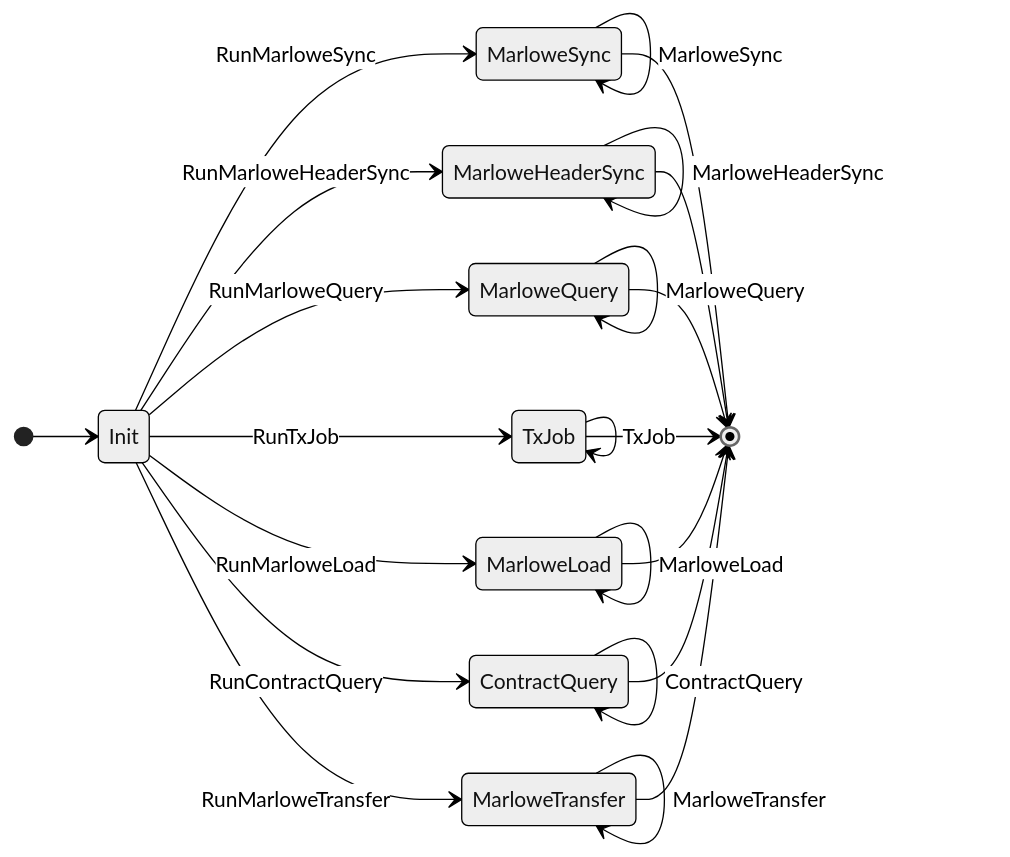
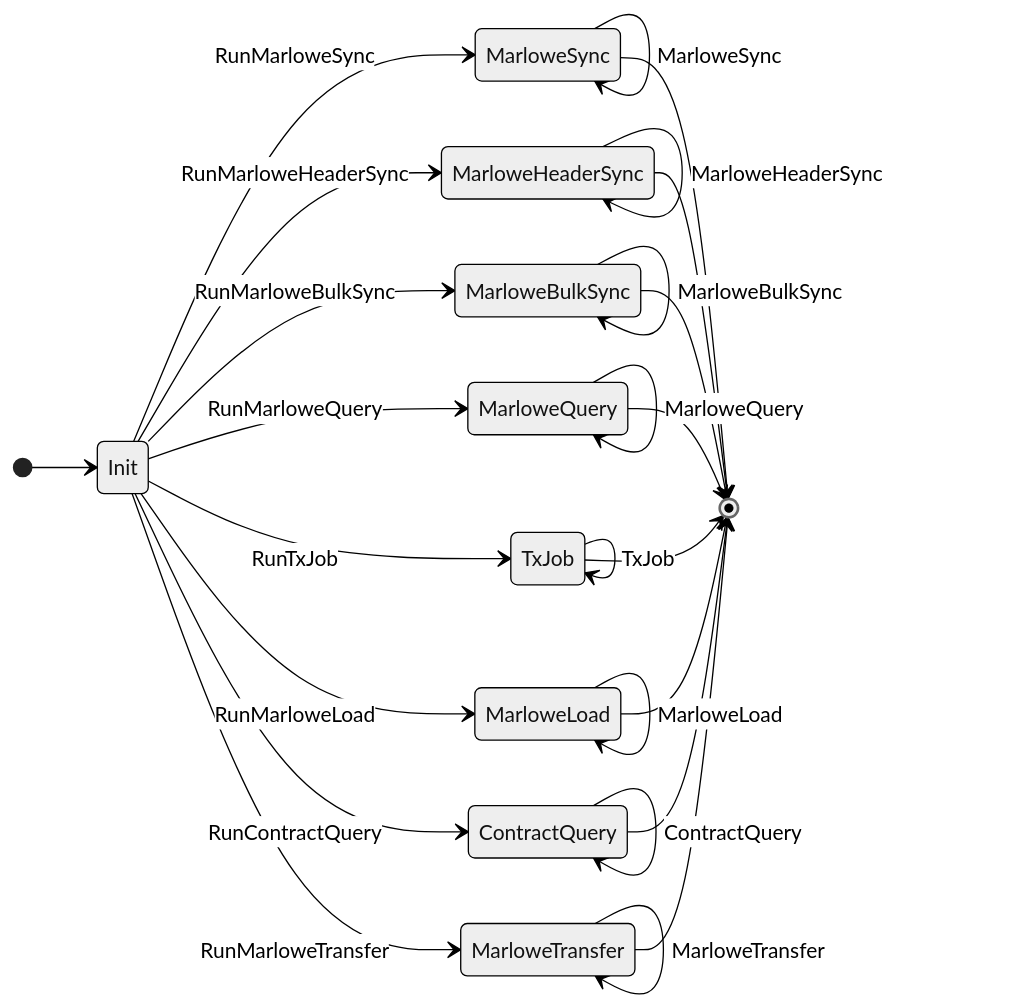
One commit to input-output-hk/marlowe-doc changed the diagram in docs/developer-tools/runtime/runtime-protocol-reference/runtime-protocol-reference.md. Above: the diagram before and after it, drawn with Mermaid (neutral theme). The commit also changed other lines of this file and 11 other files, not shown here.

````diff
--- a/docs/developer-tools/runtime/runtime-protocol-reference/runtime-protocol-reference.md
+++ b/docs/developer-tools/runtime/runtime-protocol-reference/runtime-protocol-reference.md
@@ -47,34 +47,38 @@
 ```mermaid
 stateDiagram-v2
     direction LR
     state "Init" as init
     state "MarloweSync" as ms
     state "MarloweHeaderSync" as mhs
+    state "MarloweBulkSync" as mbs
     state "MarloweQuery" as mq
     state "TxJob" as tj
     state "MarloweLoad" as ml
     state "ContractQuery" as cq
     state "MarloweTransfer" as mt
     [*] --> init
     init --> ms: RunMarloweSync
     init --> mhs: RunMarloweHeaderSync
+    init --> mbs: RunMarloweBulkSync
     init --> mq: RunMarloweQuery
     init --> tj: RunTxJob
     init --> ml: RunMarloweLoad
     init --> cq: RunContractQuery
     init --> mt: RunMarloweTransfer
     ms --> ms: MarloweSync
     mhs --> mhs: MarloweHeaderSync
+    mbs --> mbs: MarloweBulkSync
     mq --> mq: MarloweQuery
     tj --> tj: TxJob
     ml --> ml: MarloweLoad
     cq --> cq: ContractQuery
     mt --> mt: MarloweTransfer
     ms --> [*]
     mhs --> [*]
+    mbs --> [*]
     mq --> [*]
     tj --> [*]
     ml --> [*]
     cq --> [*]
     mt --> [*]
 ```
````
